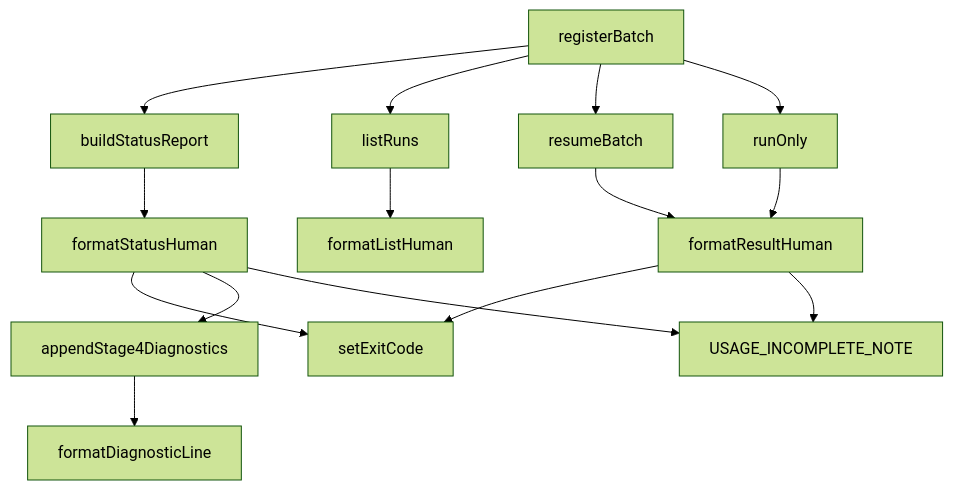
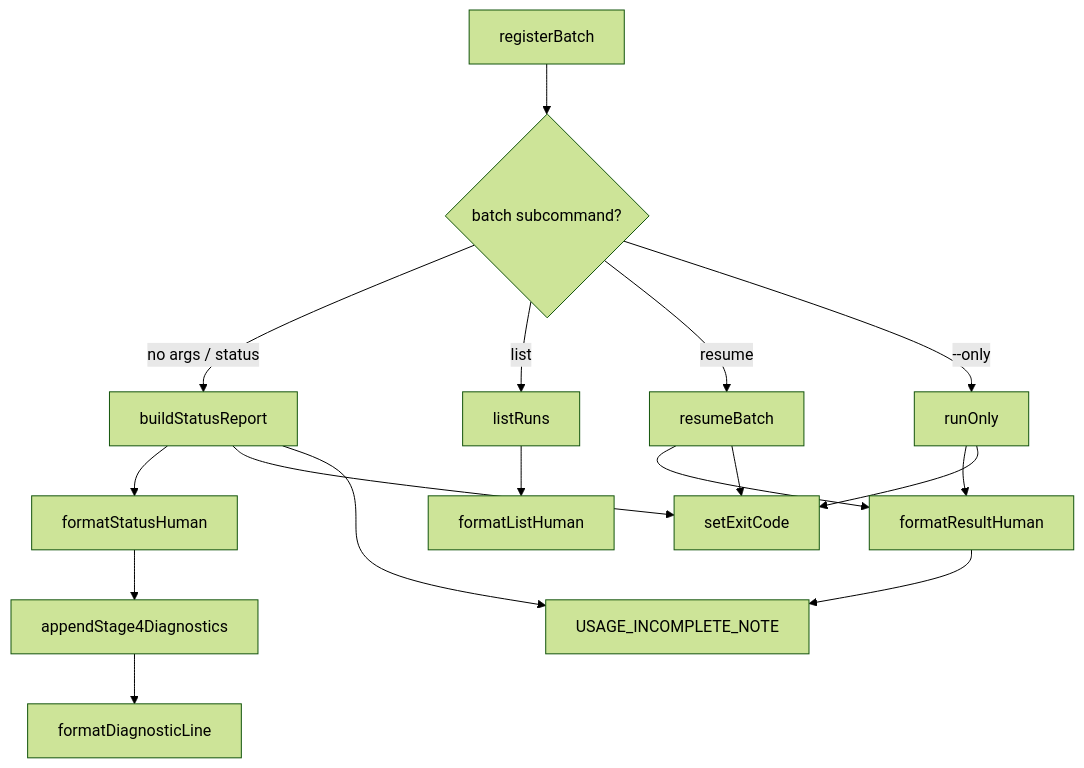
One commit to eduardoabreu81/livewiki changed the diagram in livewiki/diagrams/commands-batch.mmd. Above: the diagram before and after it, drawn with Mermaid (forest theme). The commit also changed 31 other files, not shown here.

```diff
--- a/livewiki/diagrams/commands-batch.mmd
+++ b/livewiki/diagrams/commands-batch.mmd
@@ -1,15 +1,17 @@
-graph TD
-    A[registerBatch] --> B[buildStatusReport]
-    A --> C[listRuns]
-    A --> D[resumeBatch]
-    A --> E[runOnly]
-    B --> F[formatStatusHuman]
-    C --> G[formatListHuman]
-    D --> H[formatResultHuman]
+flowchart TD
+    A[registerBatch] --> B{batch subcommand?}
+    B -->|no args / status| C[buildStatusReport]
+    B -->|list| D[listRuns]
+    B -->|resume| E[resumeBatch]
+    B -->|--only| F[runOnly]
+    C --> G[formatStatusHuman]
+    C --> H[setExitCode]
+    E --> I[formatResultHuman]
     E --> H
-    F --> I[setExitCode]
-    H --> I
-    F --> J[appendStage4Diagnostics]
-    J --> K[formatDiagnosticLine]
-    H --> L[USAGE_INCOMPLETE_NOTE]
-    F --> L
+    F --> I
+    F --> H
+    D --> J[formatListHuman]
+    G --> K[appendStage4Diagnostics]
+    K --> L[formatDiagnosticLine]
+    I --> M[USAGE_INCOMPLETE_NOTE]
+    C --> M
```
